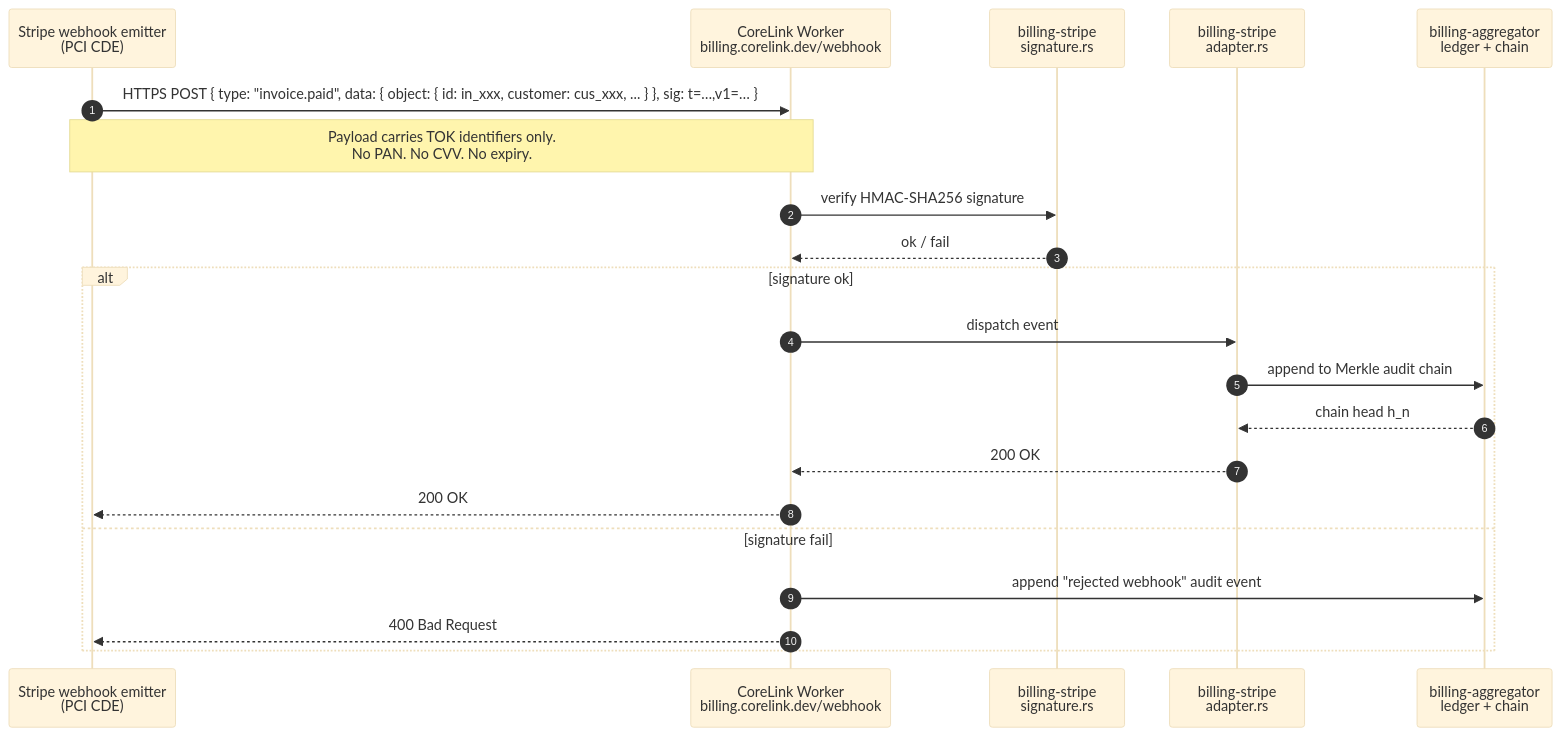
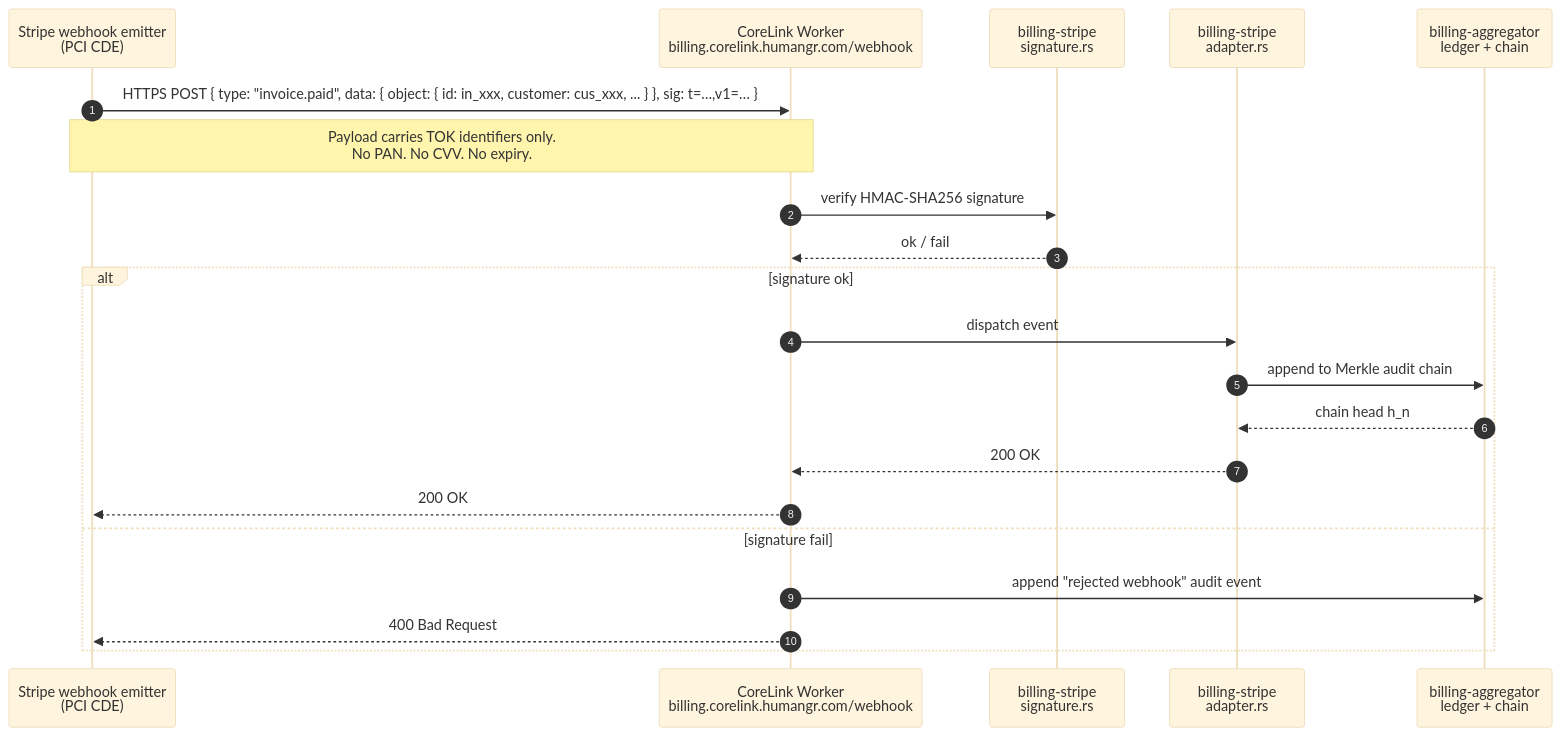
Before and after one commit to HuGR-Labs/corelink-server: the second of 2 diagrams in specs/_compliance/PCI-DSS-BOUNDARY-DIAGRAM.md, drawn with Mermaid (base theme). The commit also changed other lines of this file and 723 other files, not shown here.

First line of the commit message:
chore: flip canonical domain corelink.dev → corelink.humangr.com (+ @humangr.com emails)

````diff
--- a/specs/_compliance/PCI-DSS-BOUNDARY-DIAGRAM.md
+++ b/specs/_compliance/PCI-DSS-BOUNDARY-DIAGRAM.md
@@ -211,24 +211,24 @@
 ```mermaid
 sequenceDiagram
     autonumber
     participant SH as Stripe webhook emitter<br/>(PCI CDE)
-    participant W as CoreLink Worker<br/>billing.corelink.dev/webhook
+    participant W as CoreLink Worker<br/>billing.corelink.humangr.com/webhook
     participant S as billing-stripe<br/>signature.rs
     participant A as billing-stripe<br/>adapter.rs
     participant L as billing-aggregator<br/>ledger + chain
 
     SH->>W: HTTPS POST { type: "invoice.paid", data: { object: { id: in_xxx, customer: cus_xxx, ... } }, sig: t=…,v1=… }
     Note over SH,W: Payload carries TOK identifiers only.<br/>No PAN. No CVV. No expiry.
     W->>S: verify HMAC-SHA256 signature
     S-->>W: ok / fail
     alt signature ok
       W->>A: dispatch event
       A->>L: append to Merkle audit chain
       L-->>A: chain head h_n
       A-->>W: 200 OK
       W-->>SH: 200 OK
     else signature fail
       W->>L: append "rejected webhook" audit event
       W-->>SH: 400 Bad Request
     end
 ```
````
